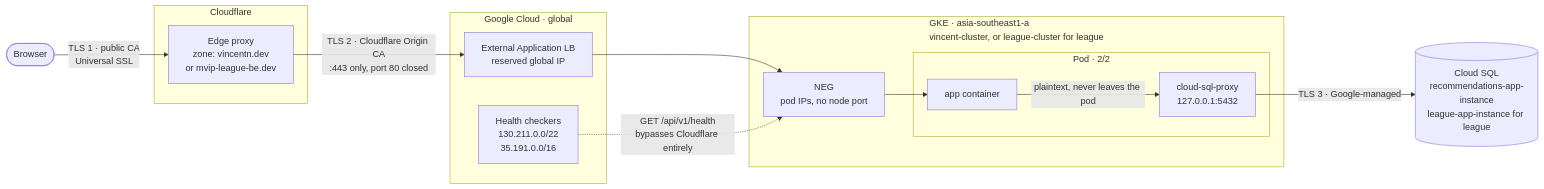
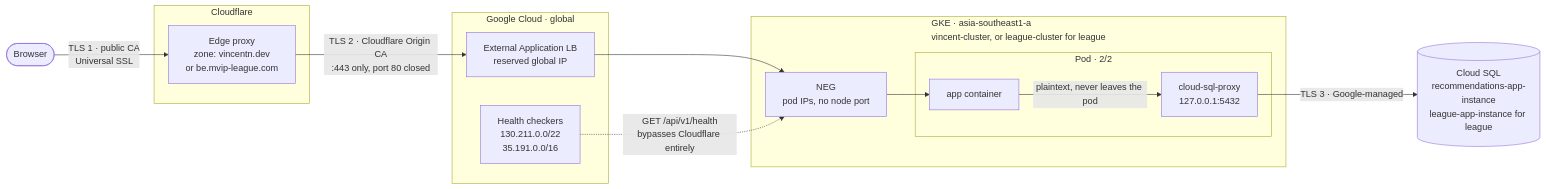
Before and after one commit to mini-apps-org/cloud-infrastructure: the diagram in docs/edge-architecture.md, drawn with Mermaid. The commit also changed other lines of this file and 7 other files, not shown here.

````diff
--- a/docs/edge-architecture.md
+++ b/docs/edge-architecture.md
@@ -10,30 +10,30 @@
 ```mermaid
 flowchart LR
     B(["Browser"])
 
     subgraph CF["Cloudflare"]
-        E["Edge proxy<br/>zone: vincentn.dev<br/>or mvip-league-be.dev"]
+        E["Edge proxy<br/>zone: vincentn.dev<br/>or be.mvip-league.com"]
     end
 
     subgraph GCP["Google Cloud · global"]
         LB["External Application LB<br/>reserved global IP"]
         HC["Health checkers<br/>130.211.0.0/22<br/>35.191.0.0/16"]
     end
 
     subgraph GKE["GKE · asia-southeast1-a<br/>vincent-cluster, or league-cluster for league"]
         NEG["NEG<br/>pod IPs, no node port"]
         subgraph POD["Pod · 2/2"]
             APP["app container"]
             PX["cloud-sql-proxy<br/>127.0.0.1:5432"]
         end
     end
 
     SQL[("Cloud SQL<br/>recommendations-app-instance<br/>league-app-instance for league")]
 
     B -- "TLS 1 · public CA<br/>Universal SSL" --> E
     E -- "TLS 2 · Cloudflare Origin CA<br/>:443 only, port 80 closed" --> LB
     LB --> NEG --> APP
     HC -. "GET /api/v1/health<br/>bypasses Cloudflare entirely" .-> NEG
     APP -- "plaintext, never leaves the pod" --> PX
     PX -- "TLS 3 · Google-managed" --> SQL
 ```
````
